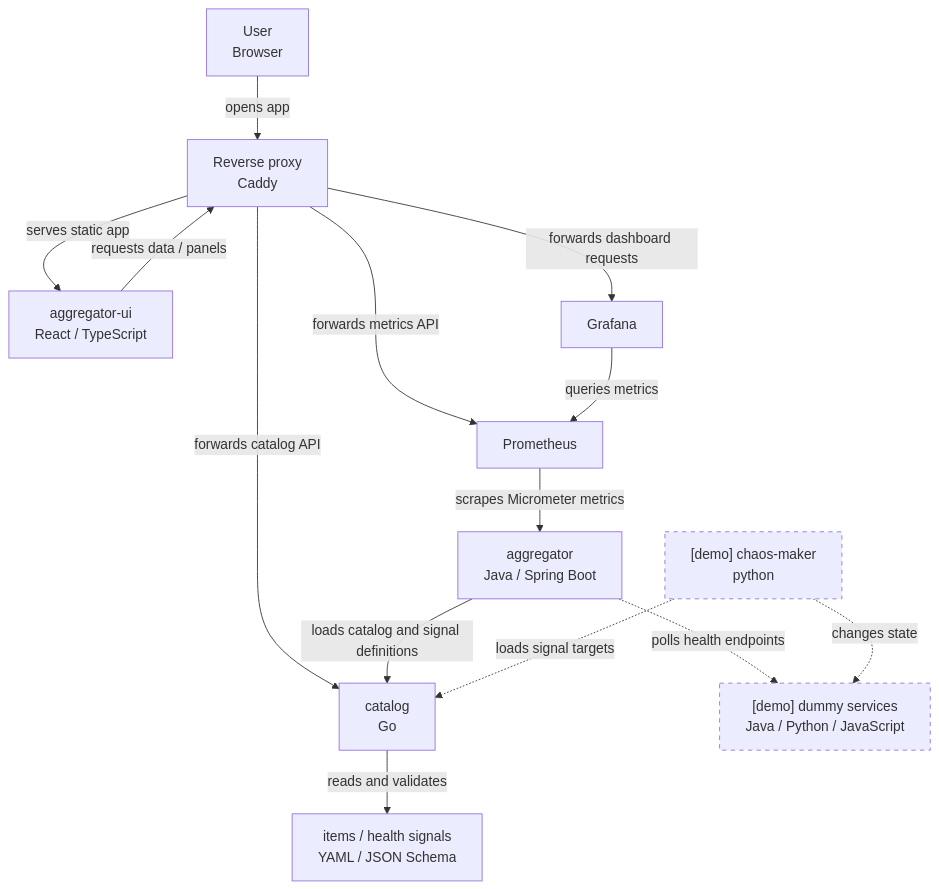
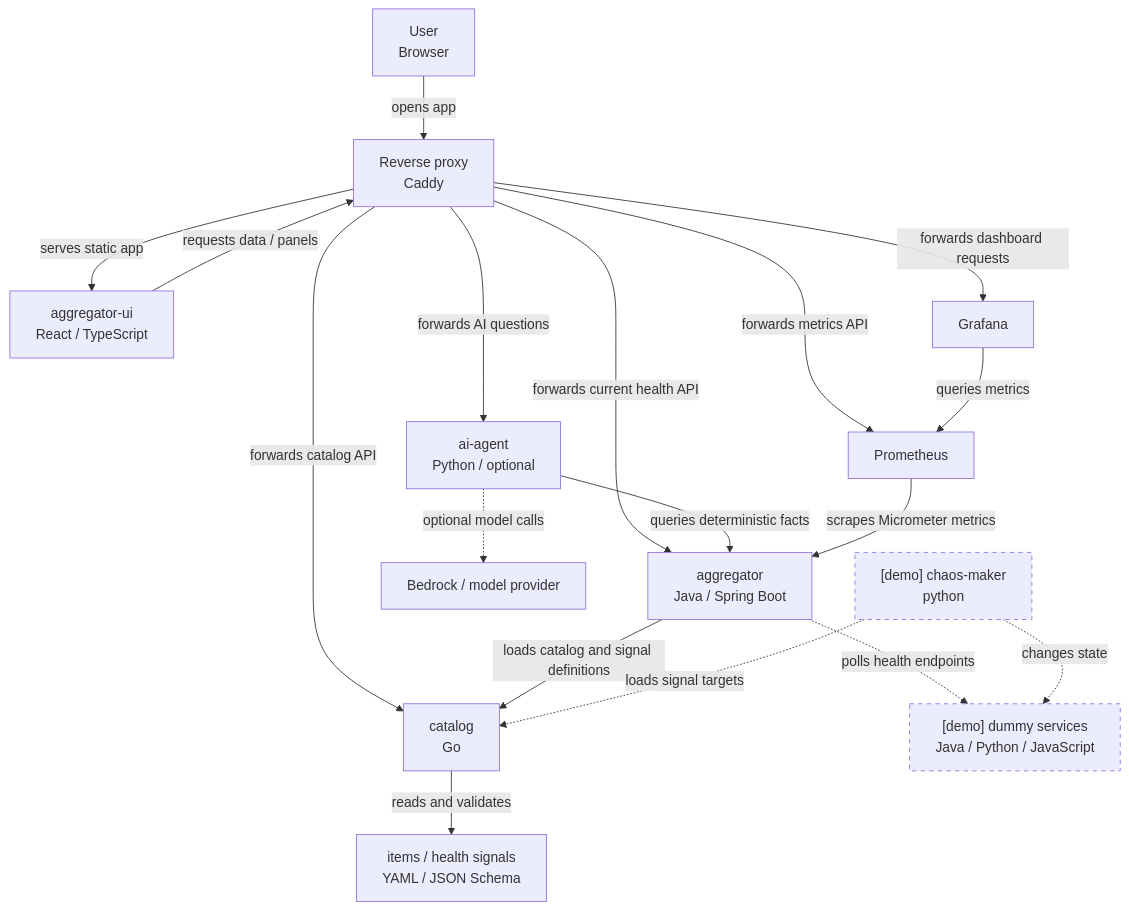
Before and after one commit to aleksei-sapozhnikov/aggregator: the diagram in README.md, drawn with Mermaid. The commit also changed other lines of this file and 34 other files, not shown here.

````diff
--- a/README.md
+++ b/README.md
@@ -56,24 +56,28 @@
 ```mermaid
 flowchart TB
   browser["User<br>Browser"] -->|opens app| proxy["Reverse proxy<br>Caddy"]
   proxy -->|serves static app| ui["aggregator-ui<br>React / TypeScript"]
 
   ui -->|requests data / panels| proxy
   proxy -->|forwards catalog API| catalog["catalog<br>Go"]
+  proxy -->|forwards current health API| aggregator
+  proxy -->|forwards AI questions| agent["ai-agent<br>Python / optional"]
   proxy -->|forwards metrics API| prometheus["Prometheus"]
   proxy -->|forwards dashboard requests| grafana["Grafana"]
 
+  agent -->|queries deterministic facts| aggregator
+  agent -.->|optional model calls| model["Bedrock / model provider"]
   grafana -->|queries metrics| prometheus
   prometheus -->|scrapes Micrometer metrics| aggregator["aggregator<br>Java / Spring Boot"]
 
   aggregator -->|loads catalog and signal definitions| catalog
   catalog -->|reads and validates| catalogFiles["items / health signals<br>YAML / JSON Schema"]
 
   aggregator -.->|polls health endpoints| demoServices
   chaos -.->|changes state| demoServices["[demo] dummy services<br>Java / Python / JavaScript"]
   chaos["[demo] chaos-maker<br>python"] -.->|loads signal targets| catalog
 
 
   classDef optional stroke-dasharray: 5 5
   class chaos,demoServices optional
 ```
````
